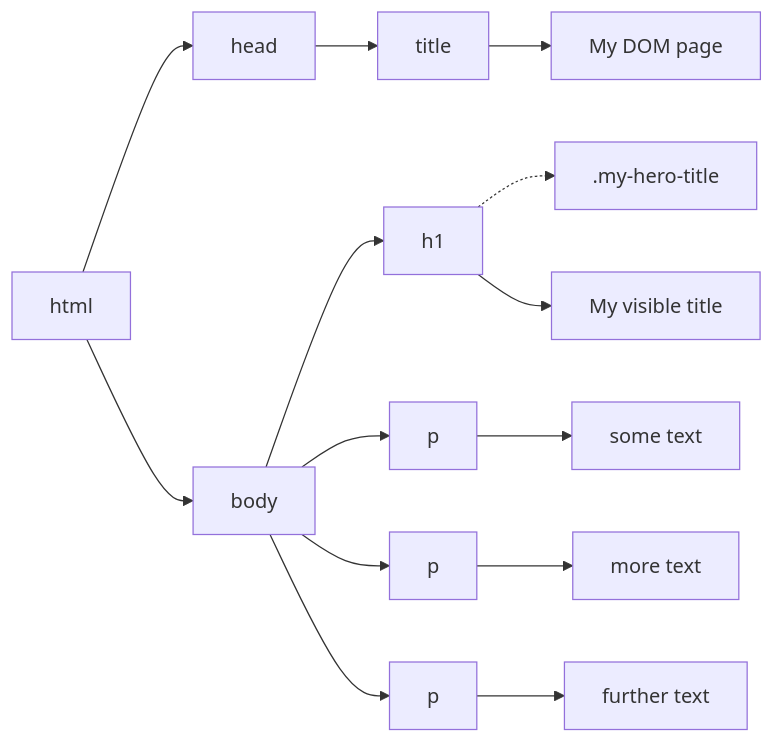
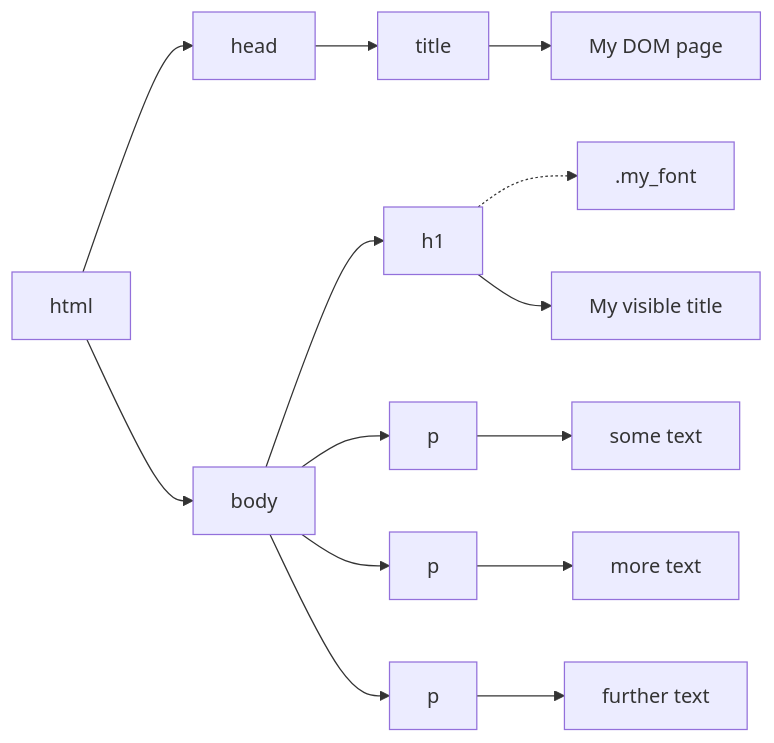
Before and after one commit to ale66/learn-web: the sixth of 7 diagrams in 40-the-DOM/dom-trees.qmd, drawn with Mermaid. The commit also changed other lines of this file and 1 other file, not shown here.

````diff
--- a/40-the-DOM/dom-trees.qmd
+++ b/40-the-DOM/dom-trees.qmd
@@ -392,13 +387,13 @@
 ```{mermaid}
 %%| echo: false
 flowchart LR
   A[html] --> B[head] & C[body]
   B --> D[title]
   C --> E[h1] & F[p] & G[p] & H[p]
-  E-.-> I[.my-hero-title]
+  E-.-> I[.my_font]
   D --> L[My DOM page]
   E --> M[My visible title]
   F --> N[some text]
   G --> O[more text]
   H --> P[further text]
 ```
````
